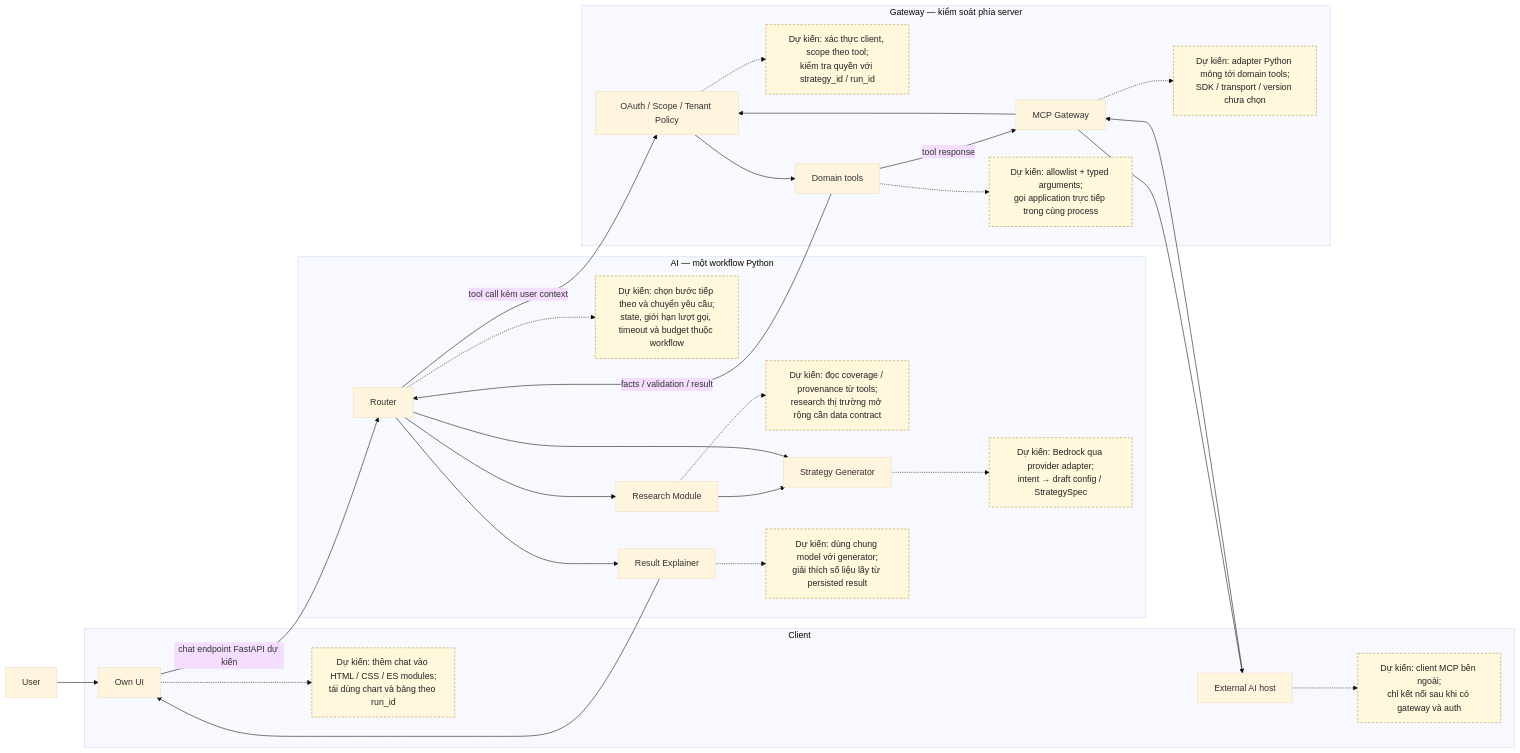
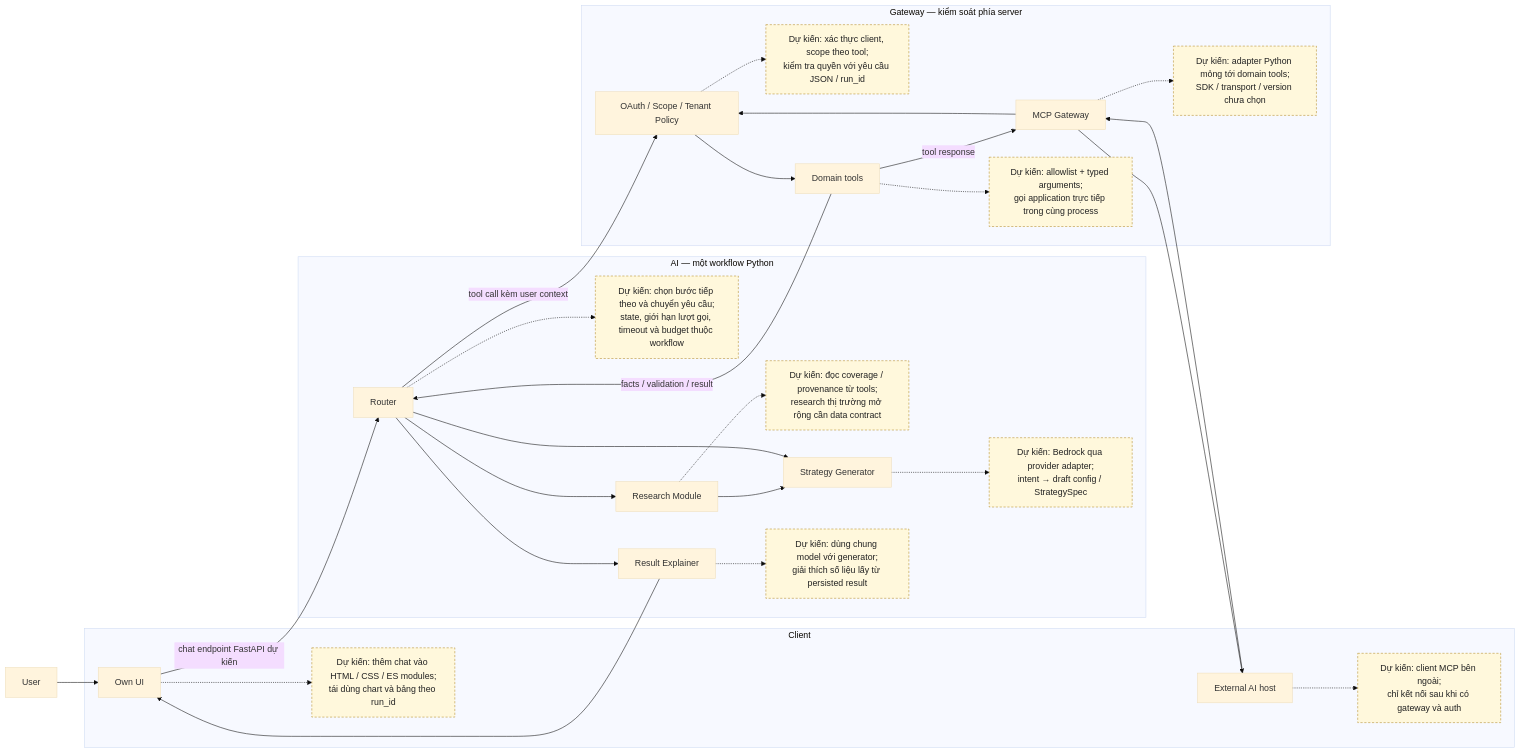
One commit to trivo-de/back-testing changed the first of 4 diagrams in docs/plans/agent-research-plan.md. Above: the diagram before and after it, drawn with Mermaid (base theme). The commit also changed other lines of this file and 93 other files, not shown here.

Commit message:
refactor: rename package to backtesting_api and remove legacy v0 backtest flow

````diff
--- a/docs/plans/agent-research-plan.md
+++ b/docs/plans/agent-research-plan.md
@@ -57,34 +36,34 @@
   ```mermaid
   flowchart LR
       U["User"] --> UI
       subgraph Client["Client"]
           UI["Own UI"] -.-> NUI["Dự kiến: thêm chat vào HTML / CSS / ES modules;<br/>tái dùng chart và bảng theo run_id"]
           HOST["External AI host"] -.-> NHOST["Dự kiến: client MCP bên ngoài;<br/>chỉ kết nối sau khi có gateway và auth"]
       end
       subgraph AI["AI — một workflow Python"]
           CO["Router"] -.-> NCO["Dự kiến: chọn bước tiếp theo và chuyển yêu cầu;<br/>state, giới hạn lượt gọi, timeout và budget thuộc workflow"]
           RE["Research Module"] -.-> NRE["Dự kiến: đọc coverage / provenance từ tools;<br/>research thị trường mở rộng cần data contract"]
           GE["Strategy Generator"] -.-> NGE["Dự kiến: Bedrock qua provider adapter;<br/>intent → draft config / StrategySpec"]
           EL["Result Explainer"] -.-> NEL["Dự kiến: dùng chung model với generator;<br/>giải thích số liệu lấy từ persisted result"]
           CO --> RE
           RE --> GE
           CO --> GE
           CO --> EL
       end
       subgraph Gateway["Gateway — kiểm soát phía server"]
           MCP["MCP Gateway"] -.-> NMCP["Dự kiến: adapter Python mỏng tới domain tools;<br/>SDK / transport / version chưa chọn"]
-          AU["OAuth / Scope / Tenant Policy"] -.-> NAU["Dự kiến: xác thực client, scope theo tool;<br/>kiểm tra quyền với strategy_id / run_id"]
+          AU["OAuth / Scope / Tenant Policy"] -.-> NAU["Dự kiến: xác thực client, scope theo tool;<br/>kiểm tra quyền với yêu cầu JSON / run_id"]
           TO["Domain tools"] -.-> NTO["Dự kiến: allowlist + typed arguments;<br/>gọi application trực tiếp trong cùng process"]
           MCP --> AU
           AU --> TO
       end
       UI -->|"chat endpoint FastAPI dự kiến"| CO
       HOST --> MCP
       CO -->|"tool call kèm user context"| AU
       TO -->|"facts / validation / result"| CO
       EL --> UI
       TO -->|"tool response"| MCP
       MCP --> HOST
       classDef note fill:#fff8dc,stroke:#b58b28,color:#222,stroke-dasharray:4 3;
       class NUI,NHOST,NCO,NRE,NGE,NEL,NMCP,NAU,NTO note;
   ```
````
